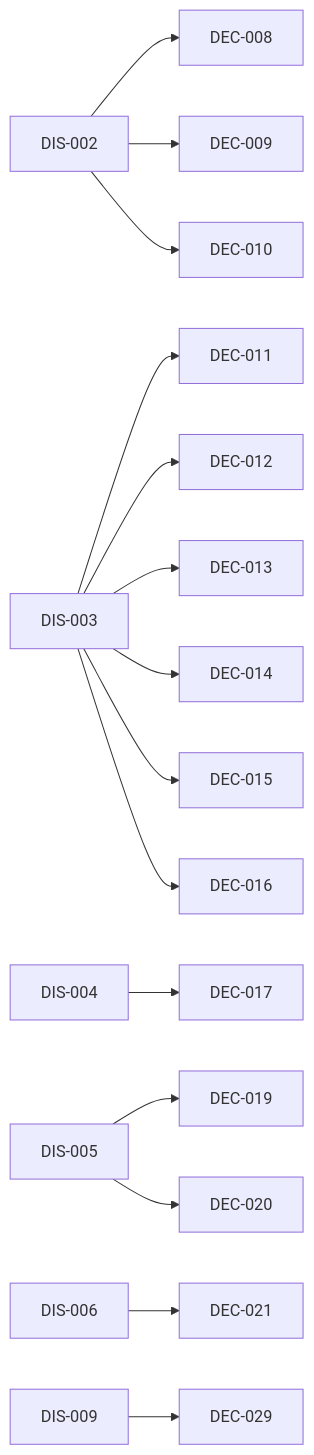
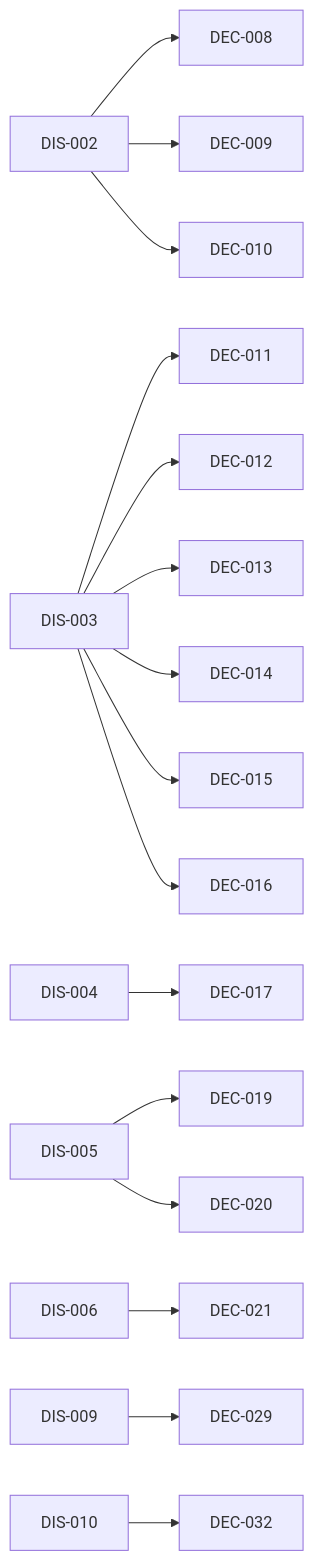
One commit to amartis/sonoai_research_notes changed the diagram in INDEX.md. Above: the diagram before and after it, drawn with Mermaid. The commit also changed other lines of this file and 2 other files, not shown here.

Commit message:
Add DIS-010 and DEC-032 (proposed): agent roster, /consult and /lead skills

````diff
--- a/INDEX.md
+++ b/INDEX.md
@@ -59,17 +61,18 @@
 ```mermaid
 flowchart LR
   DIS_002[DIS-002] --> DEC_008[DEC-008]
   DIS_002[DIS-002] --> DEC_009[DEC-009]
   DIS_002[DIS-002] --> DEC_010[DEC-010]
   DIS_003[DIS-003] --> DEC_011[DEC-011]
   DIS_003[DIS-003] --> DEC_012[DEC-012]
   DIS_003[DIS-003] --> DEC_013[DEC-013]
   DIS_003[DIS-003] --> DEC_014[DEC-014]
   DIS_003[DIS-003] --> DEC_015[DEC-015]
   DIS_003[DIS-003] --> DEC_016[DEC-016]
   DIS_004[DIS-004] --> DEC_017[DEC-017]
   DIS_005[DIS-005] --> DEC_019[DEC-019]
   DIS_005[DIS-005] --> DEC_020[DEC-020]
   DIS_006[DIS-006] --> DEC_021[DEC-021]
   DIS_009[DIS-009] --> DEC_029[DEC-029]
+  DIS_010[DIS-010] --> DEC_032[DEC-032]
 ```
````
